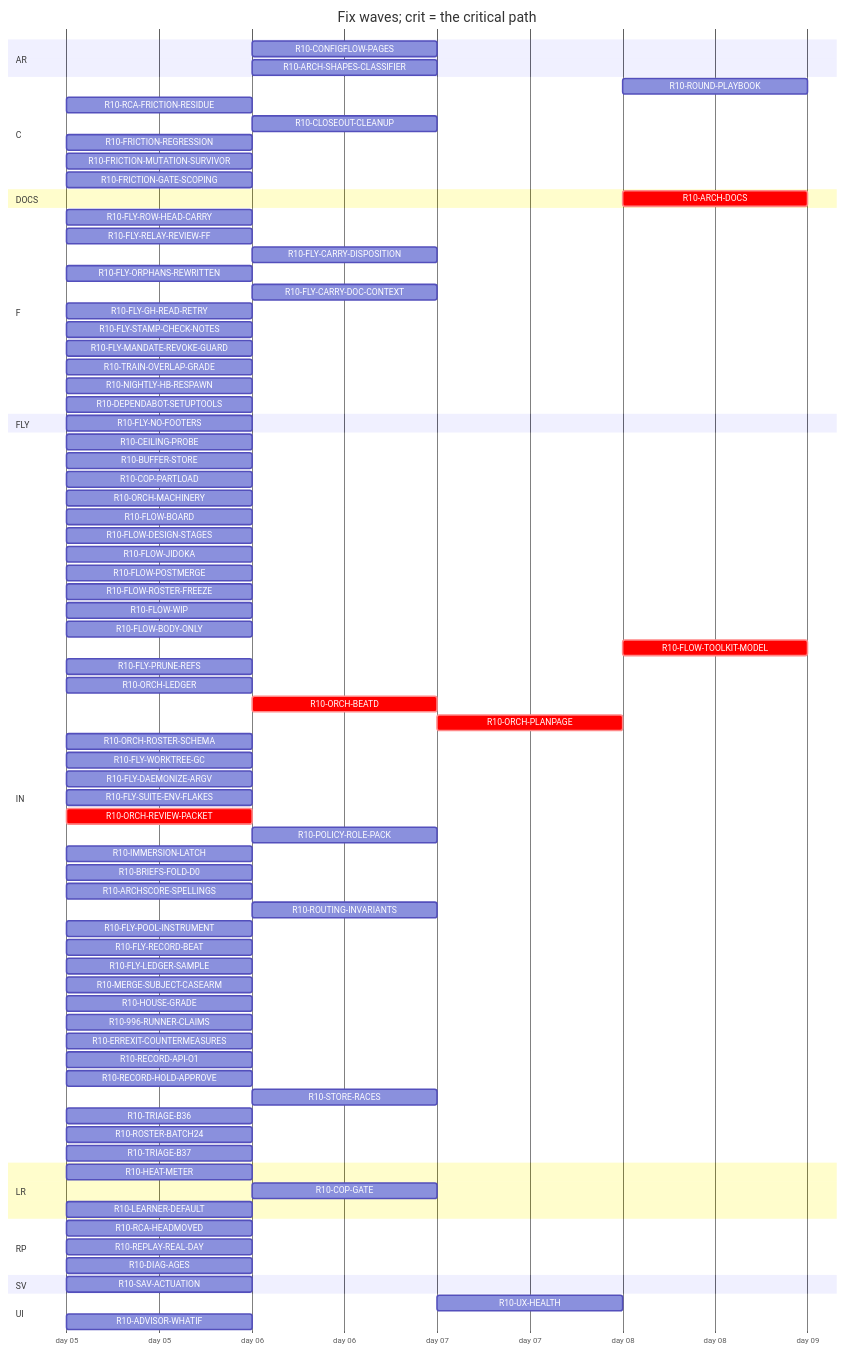
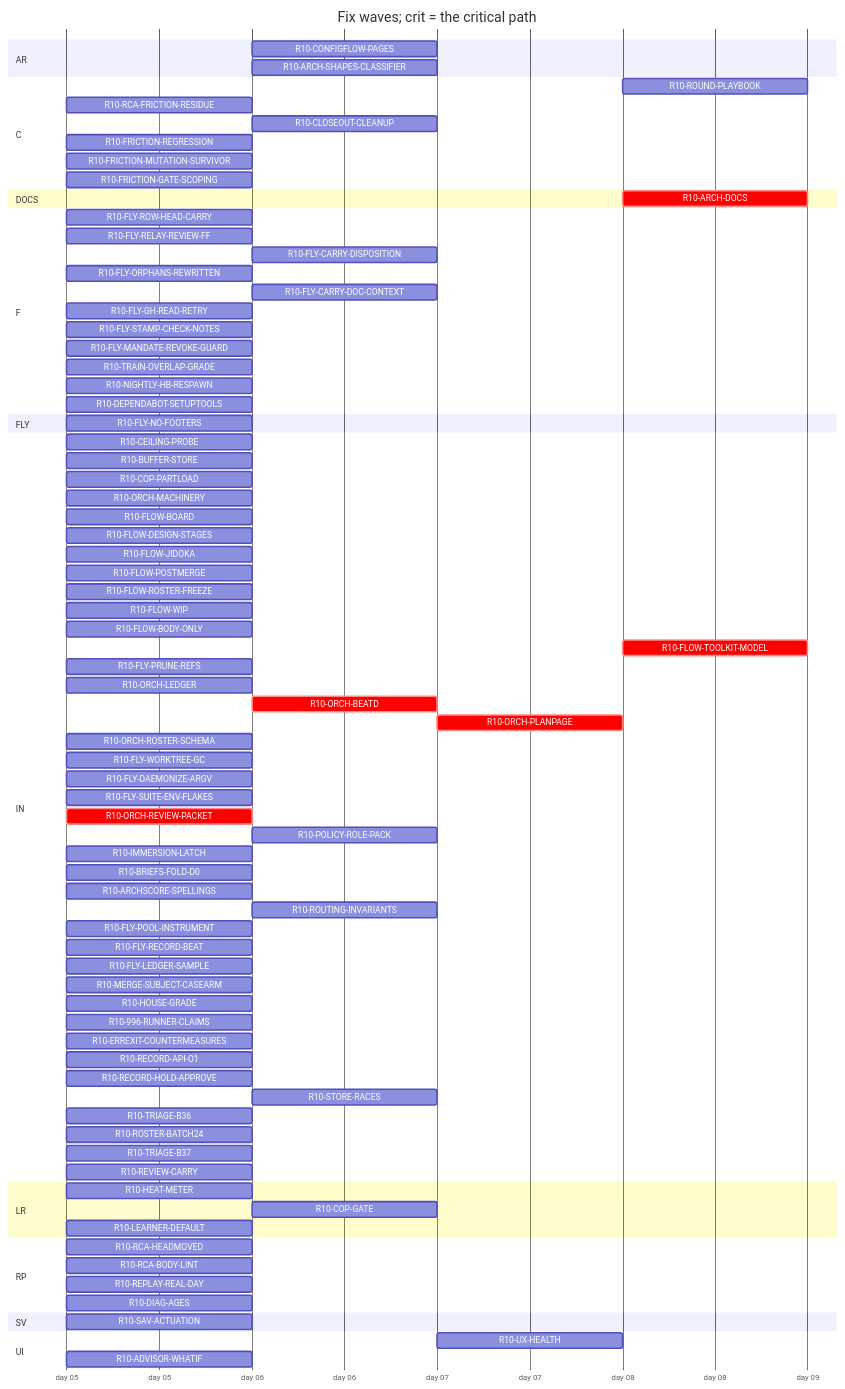
One commit to tvofi/heatpump_optimizer changed the diagram in handoff/round10/state/PLAN-TABLE.md. Above: the diagram before and after it, drawn with Mermaid. The commit also changed other lines of this file and 2 other files, not shown here.

```diff
--- a/handoff/round10/state/PLAN-TABLE.md
+++ b/handoff/round10/state/PLAN-TABLE.md
@@ -91,12 +91,14 @@
     R10-TRIAGE-B36 :r10TRIAGEB36, 2026-01-05, 1d
     R10-ROSTER-BATCH24 :r10ROSTERBATCH24, 2026-01-05, 1d
     R10-TRIAGE-B37 :r10TRIAGEB37, 2026-01-05, 1d
+    R10-REVIEW-CARRY :r10REVIEWCARRY, 2026-01-05, 1d
   section LR
     R10-HEAT-METER :r10HEATMETER, 2026-01-05, 1d
     R10-COP-GATE :r10COPGATE, after r10HEATMETER, 1d
     R10-LEARNER-DEFAULT :r10LEARNERDEFAULT, 2026-01-05, 1d
   section RP
     R10-RCA-HEADMOVED :r10RCAHEADMOVED, 2026-01-05, 1d
+    R10-RCA-BODY-LINT :r10RCABODYLINT, 2026-01-05, 1d
     R10-REPLAY-REAL-DAY :r10REPLAYREALDAY, 2026-01-05, 1d
     R10-DIAG-AGES :r10DIAGAGES, 2026-01-05, 1d
   section SV
```
